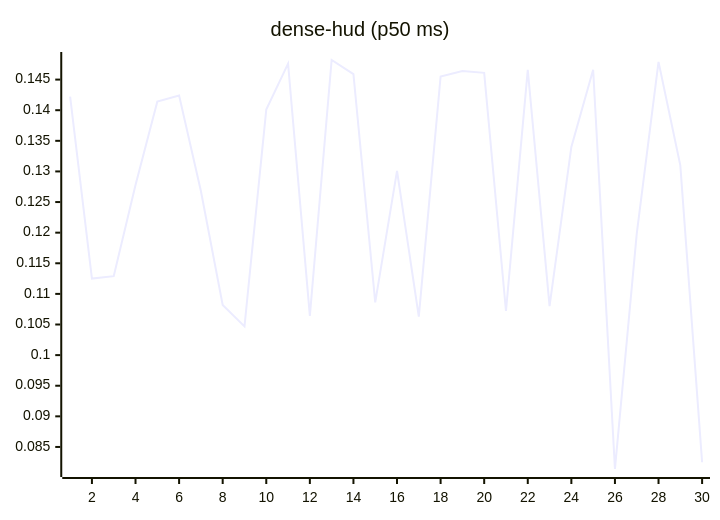
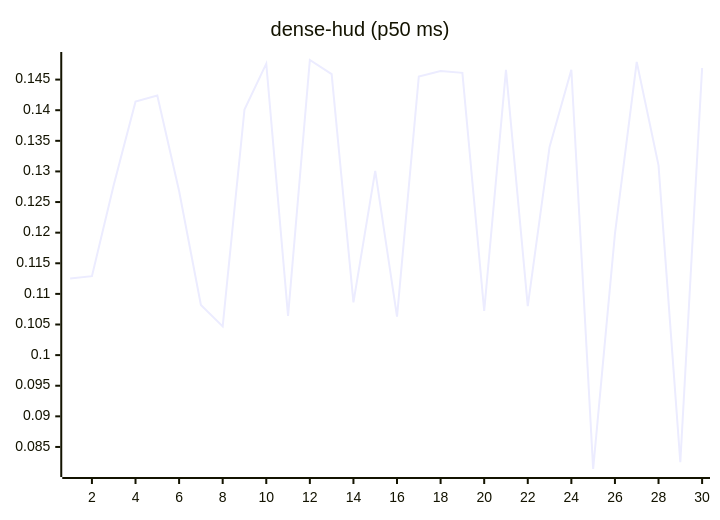
One commit to josha/Facet changed the eighth of 27 diagrams in README.md. Above: the diagram before and after it, drawn with Mermaid. The commit also changed other lines of this file and 2 other files, not shown here.

````diff
--- a/README.md
+++ b/README.md
@@ -112,6 +112,6 @@
 ```mermaid
 xychart-beta
     title "dense-hud (p50 ms)"
     x-axis 1 --> 30
-    line [0.1422, 0.1125, 0.1129, 0.1278, 0.1414, 0.1424, 0.1268, 0.1082, 0.1047, 0.1401, 0.1476, 0.1064, 0.1482, 0.1459, 0.1086, 0.1301, 0.1063, 0.1455, 0.1464, 0.1461, 0.1072, 0.1466, 0.1080, 0.1340, 0.1466, 0.0814, 0.1198, 0.1479, 0.1310, 0.0825]
+    line [0.1125, 0.1129, 0.1278, 0.1414, 0.1424, 0.1268, 0.1082, 0.1047, 0.1401, 0.1476, 0.1064, 0.1482, 0.1459, 0.1086, 0.1301, 0.1063, 0.1455, 0.1464, 0.1461, 0.1072, 0.1466, 0.1080, 0.1340, 0.1466, 0.0814, 0.1198, 0.1479, 0.1310, 0.0825, 0.1469]
 ```
````
